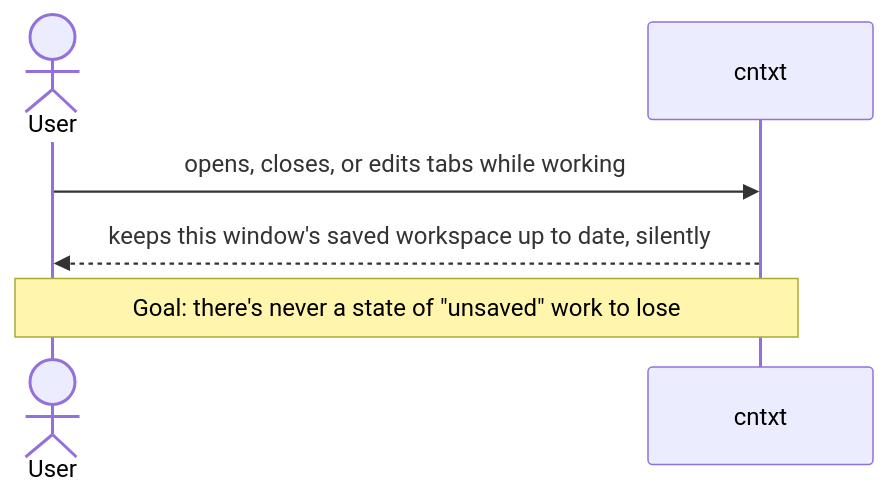
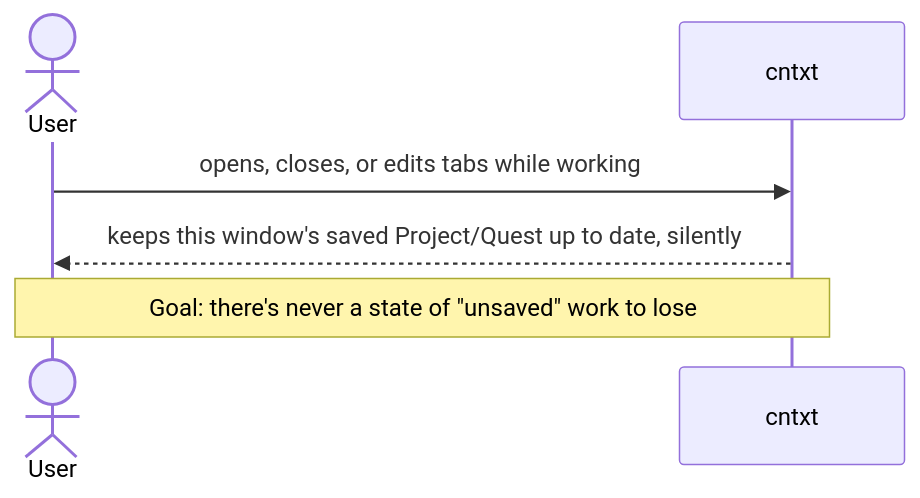
Before and after one commit to enyhma/cntxt: the third of 11 diagrams in docs/workflows.md, drawn with Mermaid. The commit also changed other lines of this file and 9 other files, not shown here.

````diff
--- a/docs/workflows.md
+++ b/docs/workflows.md
@@ -77,9 +77,9 @@
 ```mermaid
 sequenceDiagram
     actor User
     participant cntxt
 
     User->>cntxt: opens, closes, or edits tabs while working
-    cntxt-->>User: keeps this window's saved workspace up to date, silently
+    cntxt-->>User: keeps this window's saved Project/Quest up to date, silently
     Note over User,cntxt: Goal: there's never a state of "unsaved" work to lose
 ```
````
